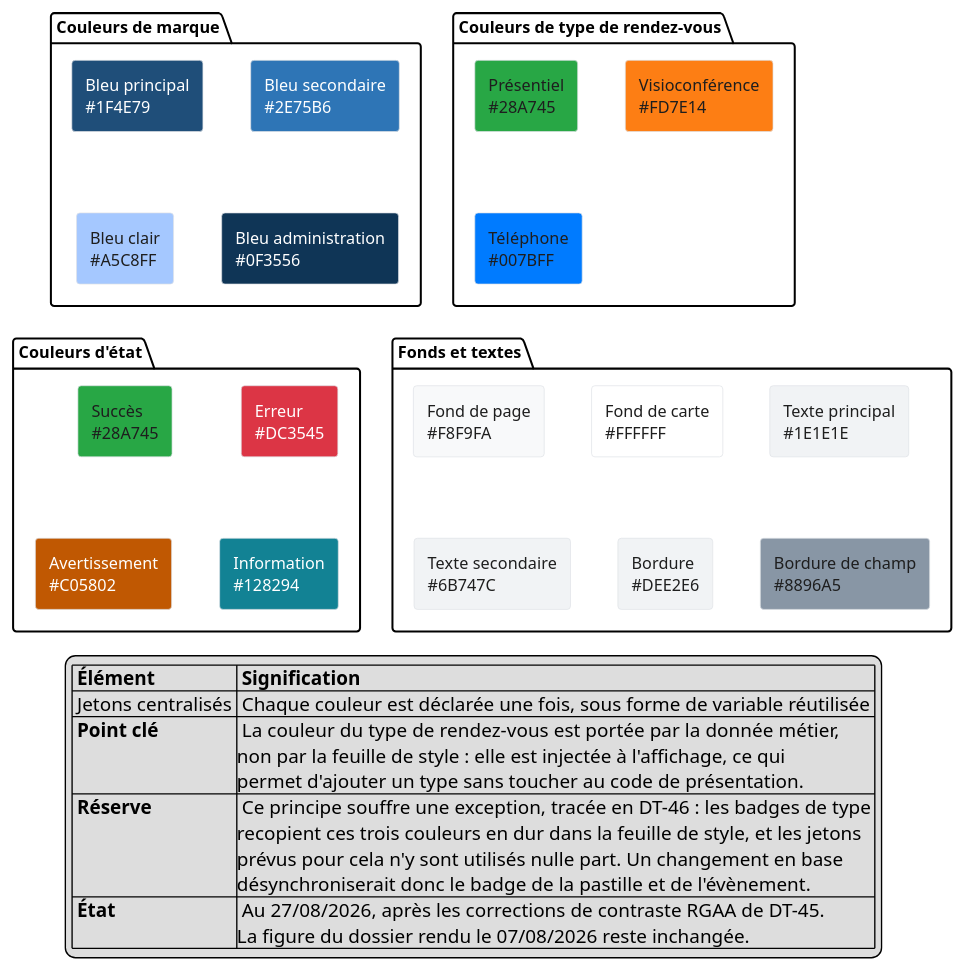
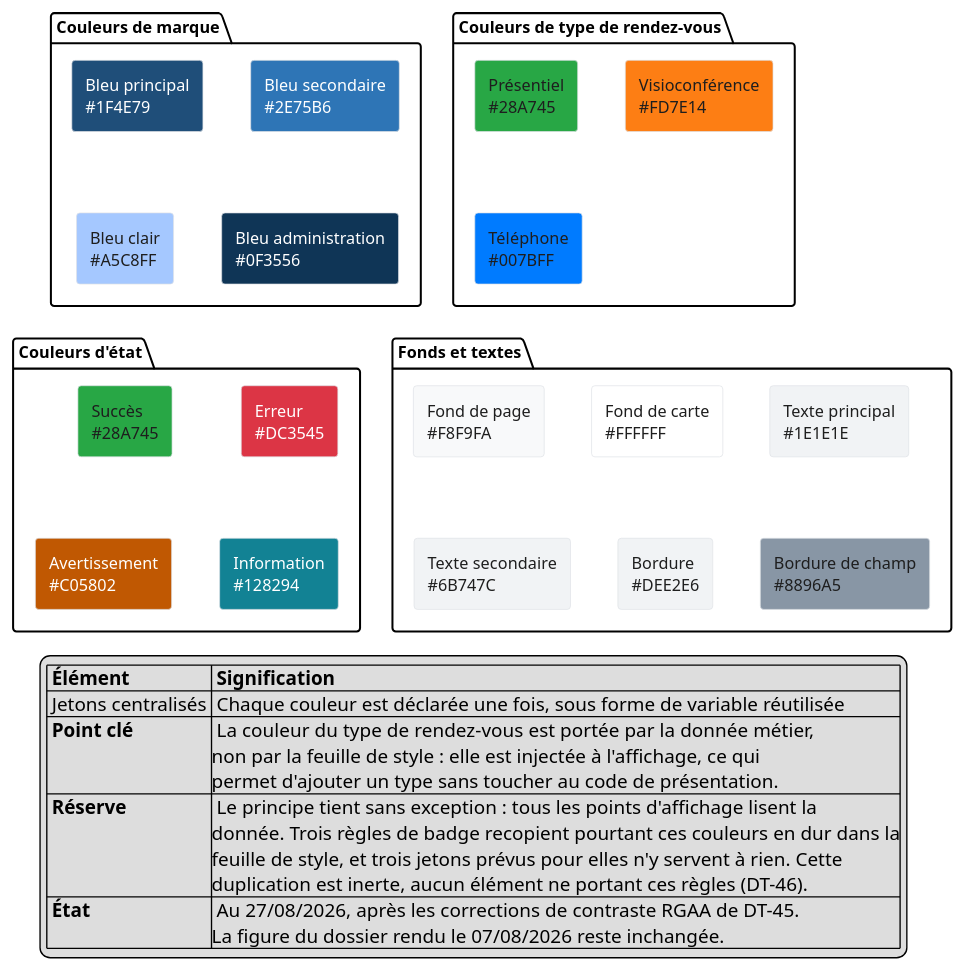
One commit to sgahovey/creaslot changed the diagram in docs/realisation/diagrammes/charte-graphique-2026-08-27.puml. Above: the diagram before and after it, drawn with PlantUML. The commit also changed 2 other files, not shown here.

Commit message:
chore(infra): aligne main sur le contenu de preprod (#197)
Alignement de contenu, pas une fusion : la promotion par squash efface
l'ancetre commun (DT-43), l'arbre est recopie a l'identique depuis preprod.

Requalification de DT-46 : le registre et la figure de charte portaient
tous deux une affirmation fausse, celle d'une desynchronisation du badge
lors d'un changement de couleur en base.

```diff
--- a/docs/realisation/diagrammes/charte-graphique-2026-08-27.puml
+++ b/docs/realisation/diagrammes/charte-graphique-2026-08-27.puml
@@ -1,72 +1,77 @@
 @startuml charte-graphique-2026-08-27
 ' Charte graphique de CreaSlot, etat au 27/08/2026, apres les corrections de
 ' contraste RGAA de DT-45. Cette figure ne remplace pas charte-graphique.puml,
 ' qui appartient au dossier rendu le 07/08/2026 et reste inchange : les deux
 ' coexistent volontairement, et l'ecart entre elles est lui-meme documente.
 '
 ' Trois valeurs different de l'originale, dans le libelle ET dans le remplissage :
 '   Avertissement    #FD7E14 -> #C05802   (blanc dessus : 2,57 -> 4,53)
 '   Information      #17A2B8 -> #128294   (blanc dessus : 3,04 -> 4,52)
 '   Texte secondaire #6C757D -> #6B747C   (sur fond de page : 4,45 -> 4,51)
 ' Un jeton est ajoute, absent de l'originale alors qu'il porte le changement le
 ' plus visible du lot :
 '   Bordure de champ #CED4DA -> #8896A5   (sur blanc : 1,49 -> 3,02)
 '
 ' Lisibilite de la figure elle-meme : le texte des etiquettes est #1E1E1E par
 ' defaut (skinparam). Sur six fonds sombres il tombe sous 4,5, dont deux que
 ' l'assombrissement de DT-45 a aggraves (avertissement 6,49 -> 3,68, information
 ' 4,44 -> 3,69). Ces six etiquettes passent donc en blanc, ce qui les remonte
 ' entre 4,52 et 12,62. Une figure qui documente le contraste doit s'y tenir.
 ' Reste un cas irreductible, et il est parlant : sur le bleu telephone #007BFF,
 ' ni le texte sombre (4,19) ni le blanc (3,98) n'atteint 4,5. C'est exactement
 ' le constat qui a ouvert puis clos DT-45 sur cette meme teinte.
+'
+' Ligne « Réserve » requalifiee le 28/08/2026 : elle affirmait qu'un changement de
+' couleur en base desynchroniserait le badge de la pastille. Verification faite, les
+' trois regles .cs-badge-* ne sont posees sur aucun element : la duplication existe
+' mais elle est inerte. Le defaut est de maintenabilite, pas de comportement (DT-46).
 '
 ' Regeneration (commande verifiee : elle reproduit le PNG de l'originale au bit pres) :
 '   java -jar ~/plantuml.jar -tpng docs/realisation/diagrammes/charte-graphique-2026-08-27.puml
 ' PlantUML 1.2026.6, OpenJDK 25. Le jar n'est pas versionne, cf. docs/realisation/diagrammes/README.md.
 
 skinparam shadowing false
 skinparam defaultFontName Helvetica
 skinparam defaultFontSize 12
 skinparam rectangle {
   FontColor #1E1E1E
   BorderColor #DEE2E6
 }
 
 package "Couleurs de marque" {
   rectangle "<color:#FFFFFF>Bleu principal\n<color:#FFFFFF><U+0023>1F4E79" as B1 #1F4E79
   rectangle "<color:#FFFFFF>Bleu secondaire\n<color:#FFFFFF><U+0023>2E75B6" as B2 #2E75B6
   rectangle "Bleu clair\n<U+0023>A5C8FF" as B3 #A5C8FF
   rectangle "<color:#FFFFFF>Bleu administration\n<color:#FFFFFF><U+0023>0F3556" as B4 #0F3556
 }
 
 package "Couleurs de type de rendez-vous" {
   rectangle "Présentiel\n<U+0023>28A745" as T1 #28A745
   rectangle "Visioconférence\n<U+0023>FD7E14" as T2 #FD7E14
   rectangle "Téléphone\n<U+0023>007BFF" as T3 #007BFF
 }
 
 package "Couleurs d'état" {
   rectangle "Succès\n<U+0023>28A745" as E1 #28A745
   rectangle "<color:#FFFFFF>Erreur\n<color:#FFFFFF><U+0023>DC3545" as E2 #DC3545
   rectangle "<color:#FFFFFF>Avertissement\n<color:#FFFFFF><U+0023>C05802" as E3 #C05802
   rectangle "<color:#FFFFFF>Information\n<color:#FFFFFF><U+0023>128294" as E4 #128294
 }
 
 package "Fonds et textes" {
   rectangle "Fond de page\n<U+0023>F8F9FA" as F1 #F8F9FA
   rectangle "Fond de carte\n<U+0023>FFFFFF" as F2 #FFFFFF
   rectangle "Texte principal\n<U+0023>1E1E1E" as F3 #F1F3F5
   rectangle "Texte secondaire\n<U+0023>6B747C" as F4 #F1F3F5
   rectangle "Bordure\n<U+0023>DEE2E6" as F5 #F1F3F5
   rectangle "Bordure de champ\n<U+0023>8896A5" as F6 #8896A5
 }
 
 legend bottom
 |= Élément |= Signification |
 | Jetons centralisés | Chaque couleur est déclarée une fois, sous forme de variable réutilisée |
 | <b>Point clé</b> | La couleur du type de rendez-vous est portée par la donnée métier,\nnon par la feuille de style : elle est injectée à l'affichage, ce qui\npermet d'ajouter un type sans toucher au code de présentation. |
-| <b>Réserve</b> | Ce principe souffre une exception, tracée en DT-46 : les badges de type\nrecopient ces trois couleurs en dur dans la feuille de style, et les jetons\nprévus pour cela n'y sont utilisés nulle part. Un changement en base\ndésynchroniserait donc le badge de la pastille et de l'évènement. |
+| <b>Réserve</b> | Le principe tient sans exception : tous les points d'affichage lisent la\ndonnée. Trois règles de badge recopient pourtant ces couleurs en dur dans la\nfeuille de style, et trois jetons prévus pour elles n'y servent à rien. Cette\nduplication est inerte, aucun élément ne portant ces règles (DT-46). |
 | <b>État</b> | Au 27/08/2026, après les corrections de contraste RGAA de DT-45.\nLa figure du dossier rendu le 07/08/2026 reste inchangée. |
 endlegend
 @enduml
```
